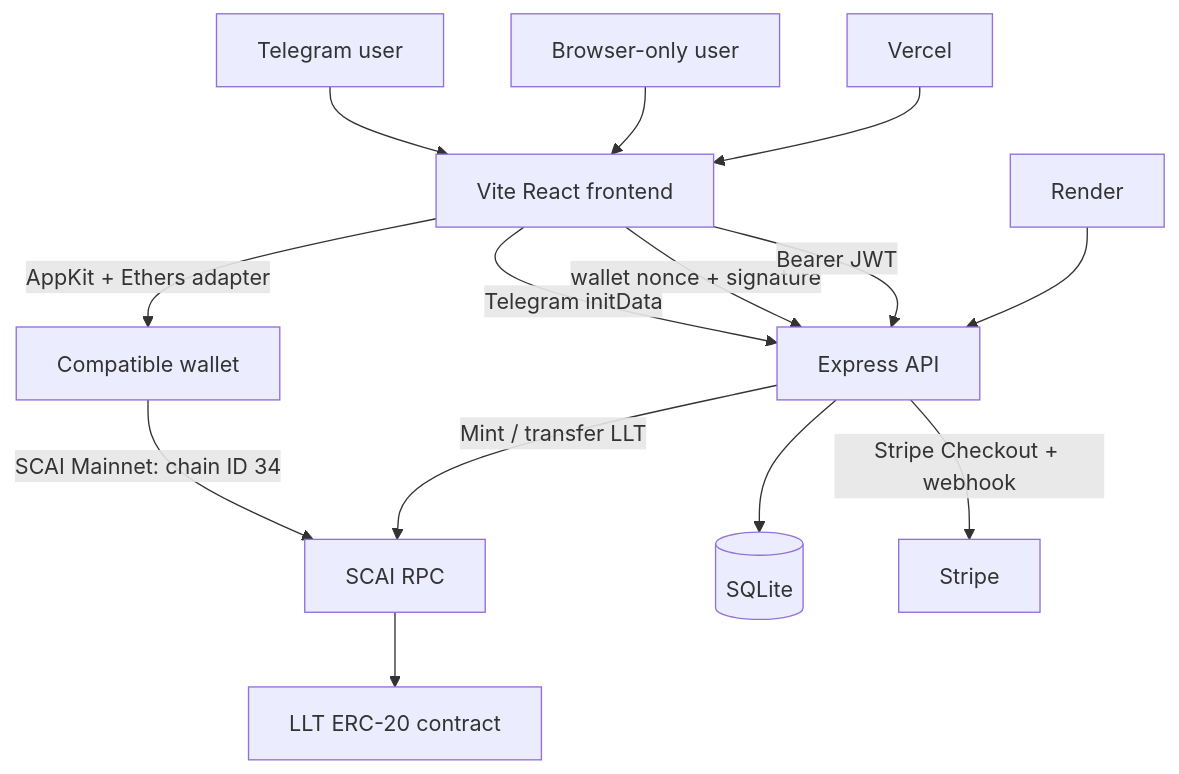
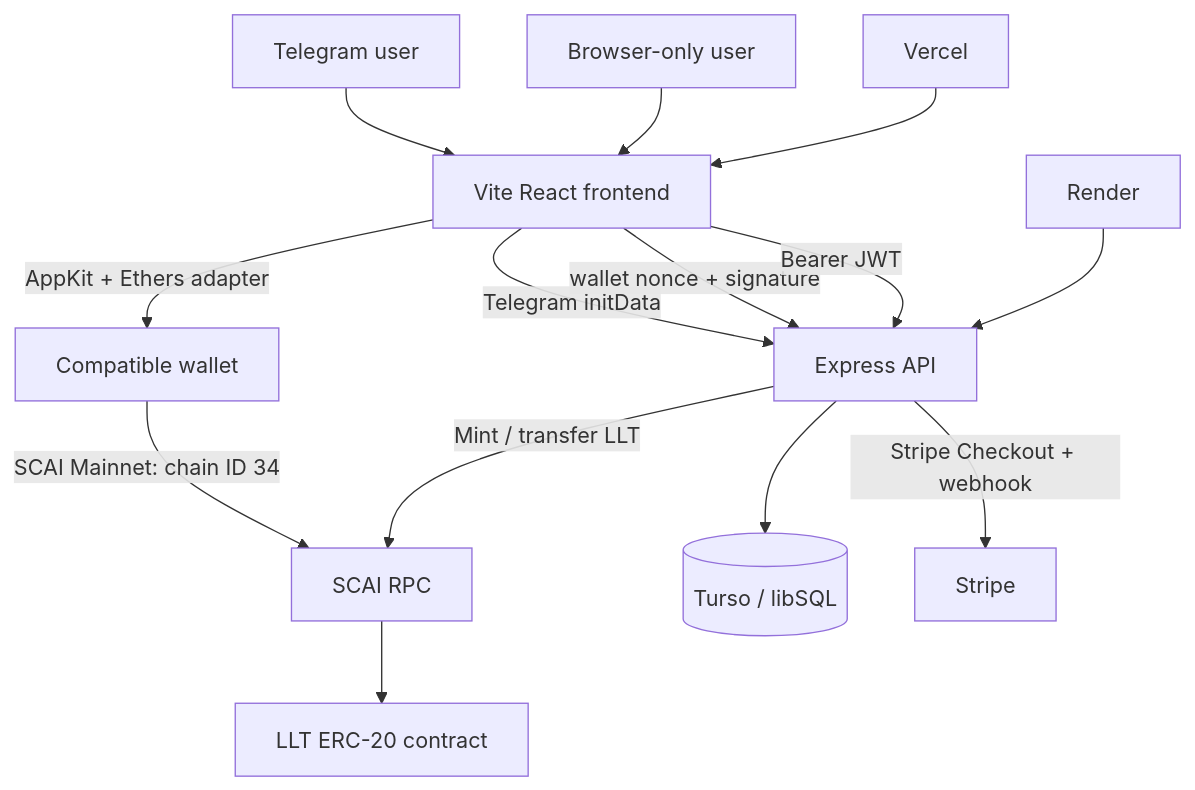
One commit to feudcommon/lottery_project changed the diagram in README.md. Above: the diagram before and after it, drawn with Mermaid. The commit also changed other lines of this file and 13 other files, not shown here.

````diff
--- a/README.md
+++ b/README.md
@@ -15,16 +15,16 @@
 ```mermaid
 flowchart TD
   U[Telegram user] --> F[Vite React frontend]
   U2[Browser-only user] --> F
   F -->|Telegram initData| B[Express API]
   F -->|wallet nonce + signature| B
   F -->|Bearer JWT| B
   F -->|AppKit + Ethers adapter| W[Compatible wallet]
   W -->|SCAI Mainnet: chain ID 34| S[SCAI RPC]
-  B --> D[(SQLite)]
+  B --> D[(Turso / libSQL)]
   B -->|Mint / transfer LLT| S
   B -->|Stripe Checkout + webhook| P[Stripe]
   S --> C[LLT ERC-20 contract]
   V[Vercel] --> F
   Rn[Render] --> B
 ```
````
